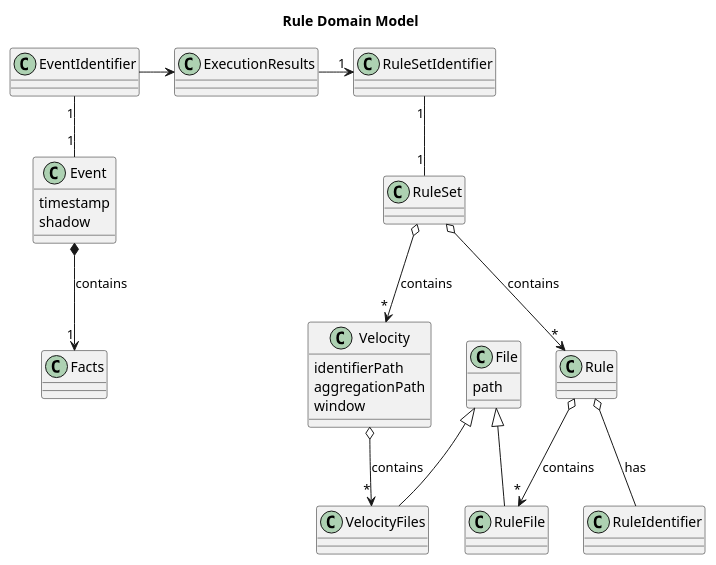
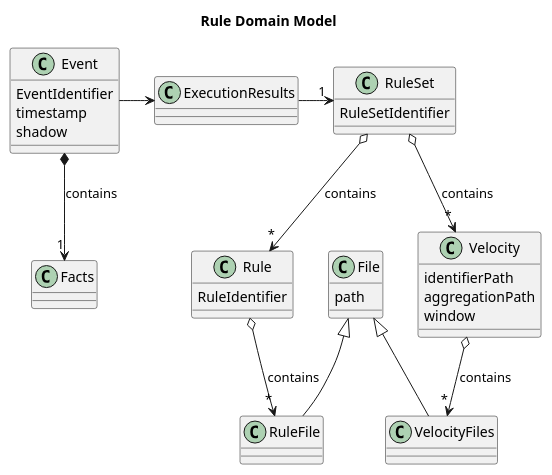
One commit to wolpert/rules-engine changed the diagram in docs/rule_domain_model.puml. Above: the diagram before and after it, drawn with PlantUML. The commit also changed 1 other file, not shown here.

```diff
--- a/docs/rule_domain_model.puml
+++ b/docs/rule_domain_model.puml
@@ -1,43 +1,42 @@
 @startuml
 
 title Rule Domain Model
 
 class RuleFile {}
 class File {
     {field} path
 }
 class VelocityFiles {}
-class RuleSet {}
-class RuleSetIdentifier {}
-class RuleIdentifier {}
-class EventIdentifier {}
+class RuleSet {
+    {field} RuleSetIdentifier
+}
 class Event {
+  {field} EventIdentifier
   {field} timestamp
   {field} shadow
 }
 class Facts {}
 class ExecutionResults {}
-class Rule {}
+class Rule {
+    {field} RuleIdentifier
+}
 class Velocity{
     {field} identifierPath
     {field} aggregationPath
     {field} window
 }
 
-EventIdentifier "1" -- "1" Event
 Event *--> "1" Facts : contains
-EventIdentifier -right->  ExecutionResults
+Event -right->  ExecutionResults
 
-ExecutionResults -right-> "1" RuleSetIdentifier
-RuleSetIdentifier "1" -- "1" RuleSet
+ExecutionResults -right-> "1" RuleSet
 
 RuleSet o--> "*" Rule : contains
 RuleSet o--> "*" Velocity : contains
-Rule o-- RuleIdentifier : has
 Rule o--> "*" RuleFile : contains
 Velocity o--> "*" VelocityFiles : contains
 File <|-- VelocityFiles
 File <|-- RuleFile
 
 
 @enduml
```
